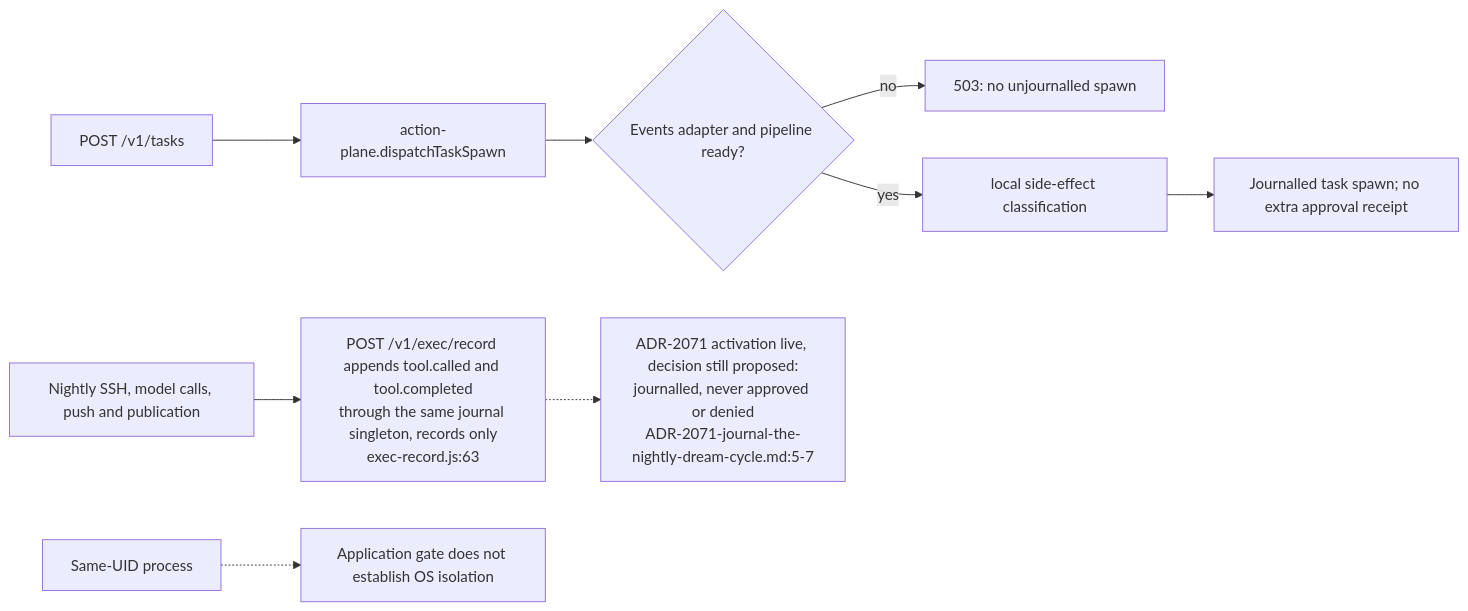
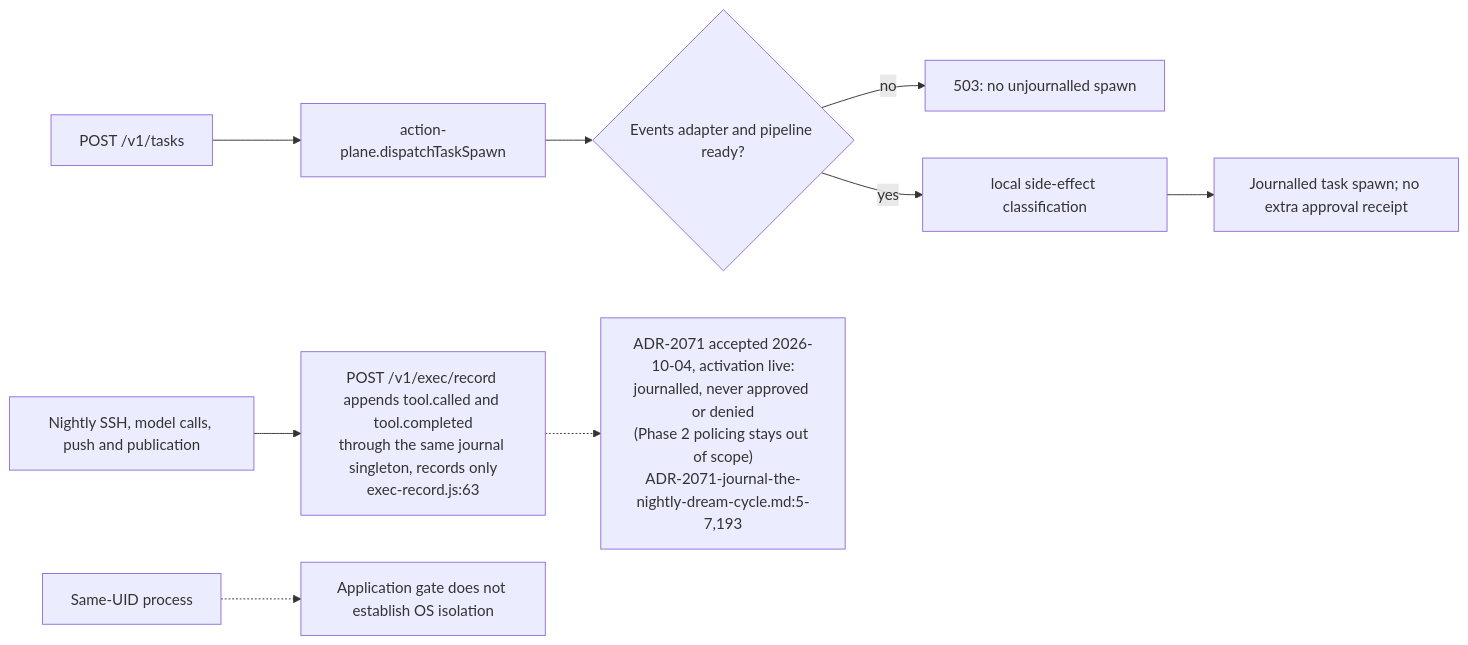
The seventh of 11 diagrams in docs/diagrams/estate/05-governance-loop-across-estate.md (DreamLab-AI/VisionFlow), drawn with Mermaid before and after one commit. The commit also changed other lines of this file and 111 other files, not shown here.

Commit message:
docs(diagrams): align estate maps with current source

````diff
--- a/docs/diagrams/estate/05-governance-loop-across-estate.md
+++ b/docs/diagrams/estate/05-governance-loop-across-estate.md
@@ -220,11 +220,11 @@
 ```mermaid
 flowchart LR
     TASK["POST /v1/tasks"] --> PLANE["action-plane.dispatchTaskSpawn"]
     PLANE --> READY{"Events adapter and pipeline ready?"}
     READY -->|no| REFUSE["503: no unjournalled spawn"]
     READY -->|yes| LOCAL["local side-effect classification"]
     LOCAL --> SPAWN["Journalled task spawn; no extra approval receipt"]
     NIGHT["Nightly SSH, model calls, push and publication"] --> REC["POST /v1/exec/record appends tool.called and tool.completed<br/>through the same journal singleton, records only<br/>exec-record.js:63"]
-    REC -.-> GAP["ADR-2071 activation live, decision still proposed:<br/>journalled, never approved or denied<br/>ADR-2071-journal-the-nightly-dream-cycle.md:5-7"]
+    REC -.-> GAP["ADR-2071 accepted 2026-10-04, activation live:<br/>journalled, never approved or denied<br/>(Phase 2 policing stays out of scope)<br/>ADR-2071-journal-the-nightly-dream-cycle.md:5-7,193"]
     PEER["Same-UID process"] -.-> LIMIT["Application gate does not establish OS isolation"]
 ```
````
